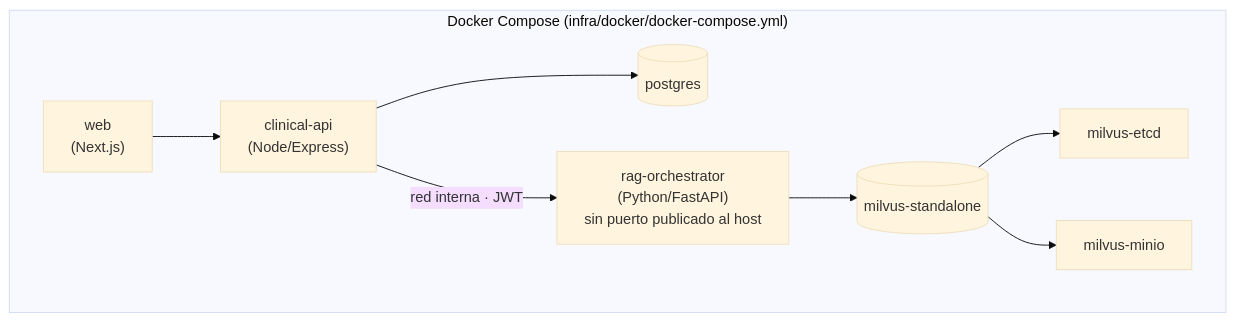
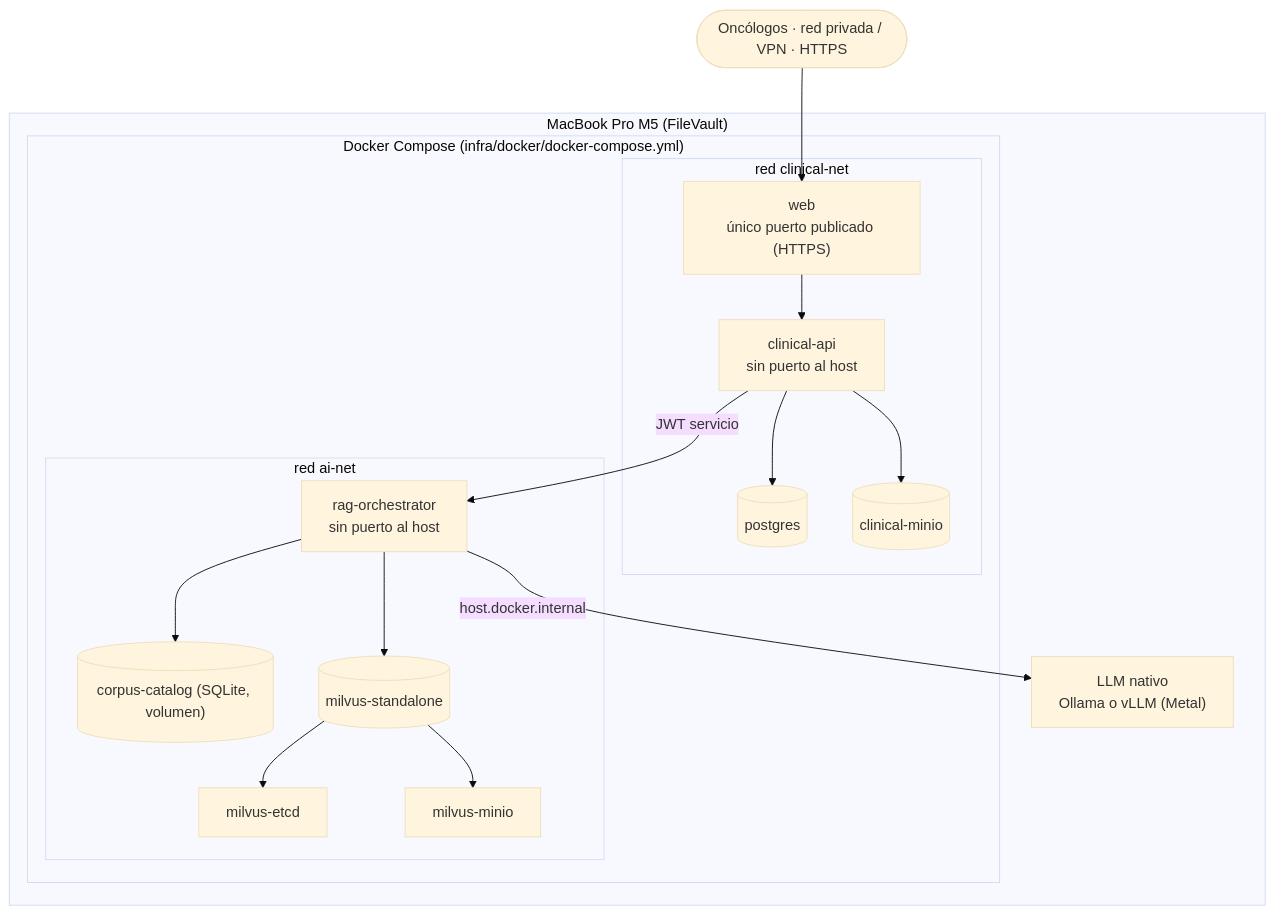
Before and after one commit to hatrickmario/OncoLens-Lab: the fourth of 7 diagrams in readme.md, drawn with Mermaid (base theme). The commit also changed other lines of this file and 1 other file, not shown here.

````diff
--- a/readme.md
+++ b/readme.md
@@ -319,19 +356,32 @@
 ```mermaid
 flowchart TD
-    subgraph Host["Docker Compose (infra/docker/docker-compose.yml)"]
-        FE["web<br/>(Next.js)"]
-        BE1["clinical-api<br/>(Node/Express)"]
-        BE2["rag-orchestrator<br/>(Python/FastAPI)<br/>sin puerto publicado al host"]
-        PG[("postgres")]
-        ETCD["milvus-etcd"]
-        MINIO["milvus-minio"]
-        MV[("milvus-standalone")]
-
-        FE --> BE1
-        BE1 --> PG
-        BE1 -- "red interna · JWT" --> BE2
-        BE2 --> MV
-        MV --> ETCD
-        MV --> MINIO
+    VPN(["Oncólogos · red privada / VPN · HTTPS"])
+    subgraph Host["MacBook Pro M5 (FileVault)"]
+        LLM["LLM nativo<br/>Ollama o vLLM (Metal)"]
+        subgraph Compose["Docker Compose (infra/docker/docker-compose.yml)"]
+            subgraph CN["red clinical-net"]
+                FE["web<br/>único puerto publicado (HTTPS)"]
+                BE1["clinical-api<br/>sin puerto al host"]
+                PG[("postgres")]
+                CM[("clinical-minio")]
+            end
+            subgraph AN["red ai-net"]
+                BE2["rag-orchestrator<br/>sin puerto al host"]
+                CAT[("corpus-catalog (SQLite, volumen)")]
+                MV[("milvus-standalone")]
+                ETCD["milvus-etcd"]
+                MMINIO["milvus-minio"]
+            end
+        end
     end
+    VPN --> FE
+    FE --> BE1
+    BE1 --> PG
+    BE1 --> CM
+    BE1 -- "JWT servicio" --> BE2
+    BE2 --> CAT
+    BE2 --> MV
+    MV --> ETCD
+    MV --> MMINIO
+    BE2 -- "host.docker.internal" --> LLM
 ```
````
